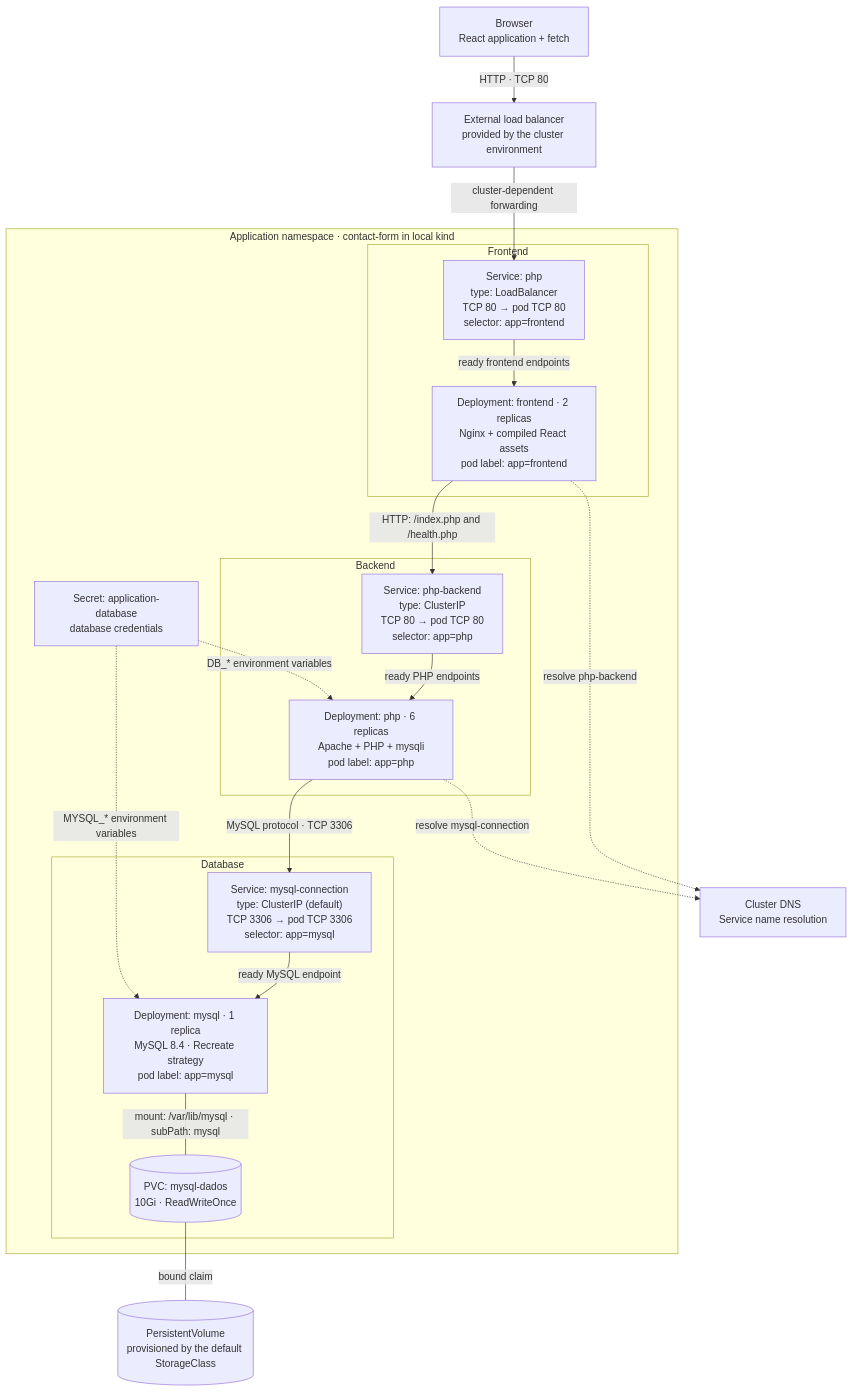
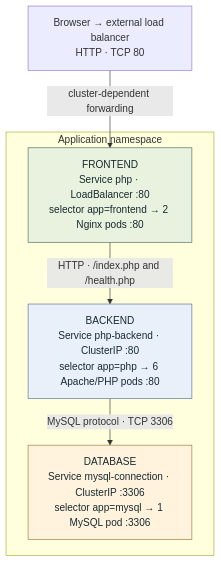
Before and after one commit to jacivaldocarvalho/projeto-app-deploy-kubernetes: the first of 4 diagrams in docs/architecture.md, drawn with Mermaid. The commit also changed other lines of this file and 3 other files, not shown here.

Commit message:
docs: add interface previews and simplify architecture diagrams

````diff
--- a/docs/architecture.md
+++ b/docs/architecture.md
@@ -11,38 +11,18 @@
 ```mermaid
 flowchart TB
-    Browser["Browser<br/>React application + fetch"]
-    LB["External load balancer<br/>provided by the cluster environment"]
-
-    subgraph Namespace["Application namespace · contact-form in local kind"]
-        subgraph WebTier["Frontend"]
-            Public["Service: php<br/>type: LoadBalancer<br/>TCP 80 → pod TCP 80<br/>selector: app=frontend"]
-            Web["Deployment: frontend · 2 replicas<br/>Nginx + compiled React assets<br/>pod label: app=frontend"]
-        end
-        subgraph APITier["Backend"]
-            API["Service: php-backend<br/>type: ClusterIP<br/>TCP 80 → pod TCP 80<br/>selector: app=php"]
-            PHP["Deployment: php · 6 replicas<br/>Apache + PHP + mysqli<br/>pod label: app=php"]
-        end
-        subgraph DataTier["Database"]
-            SQL["Service: mysql-connection<br/>type: ClusterIP (default)<br/>TCP 3306 → pod TCP 3306<br/>selector: app=mysql"]
-            DB["Deployment: mysql · 1 replica<br/>MySQL 8.4 · Recreate strategy<br/>pod label: app=mysql"]
-            PVC[("PVC: mysql-dados<br/>10Gi · ReadWriteOnce")]
-        end
-        Secret["Secret: application-database<br/>database credentials"]
-        Public -->|"ready frontend endpoints"| Web
-        Web -->|"HTTP: /index.php and /health.php"| API
-        API -->|"ready PHP endpoints"| PHP
-        PHP -->|"MySQL protocol · TCP 3306"| SQL
-        SQL -->|"ready MySQL endpoint"| DB
-        DB ---|"mount: /var/lib/mysql · subPath: mysql"| PVC
-        Secret -.->|"DB_* environment variables"| PHP
-        Secret -.->|"MYSQL_* environment variables"| DB
+    External["Browser → external load balancer<br/>HTTP · TCP 80"]
+    subgraph Namespace["Application namespace"]
+        Web["FRONTEND<br/>Service php · LoadBalancer :80<br/>selector app=frontend → 2 Nginx pods :80"]
+        API["BACKEND<br/>Service php-backend · ClusterIP :80<br/>selector app=php → 6 Apache/PHP pods :80"]
+        DB["DATABASE<br/>Service mysql-connection · ClusterIP :3306<br/>selector app=mysql → 1 MySQL pod :3306"]
+        Web -->|"HTTP · /index.php and /health.php"| API
+        API -->|"MySQL protocol · TCP 3306"| DB
     end
-
-    DNS["Cluster DNS<br/>Service name resolution"]
-    PV[("PersistentVolume<br/>provisioned by the default StorageClass")]
-    Browser -->|"HTTP · TCP 80"| LB
-    LB -->|"cluster-dependent forwarding"| Public
-    Web -.->|"resolve php-backend"| DNS
-    PHP -.->|"resolve mysql-connection"| DNS
-    PVC ---|"bound claim"| PV
+    External -->|"cluster-dependent forwarding"| Web
+    classDef web fill:#e9f2df,stroke:#45685c,color:#172a2e
+    classDef api fill:#eaf0fa,stroke:#536b92,color:#172a2e
+    classDef data fill:#fff3de,stroke:#997337,color:#172a2e
+    class Web web
+    class API api
+    class DB data
 ```
````
